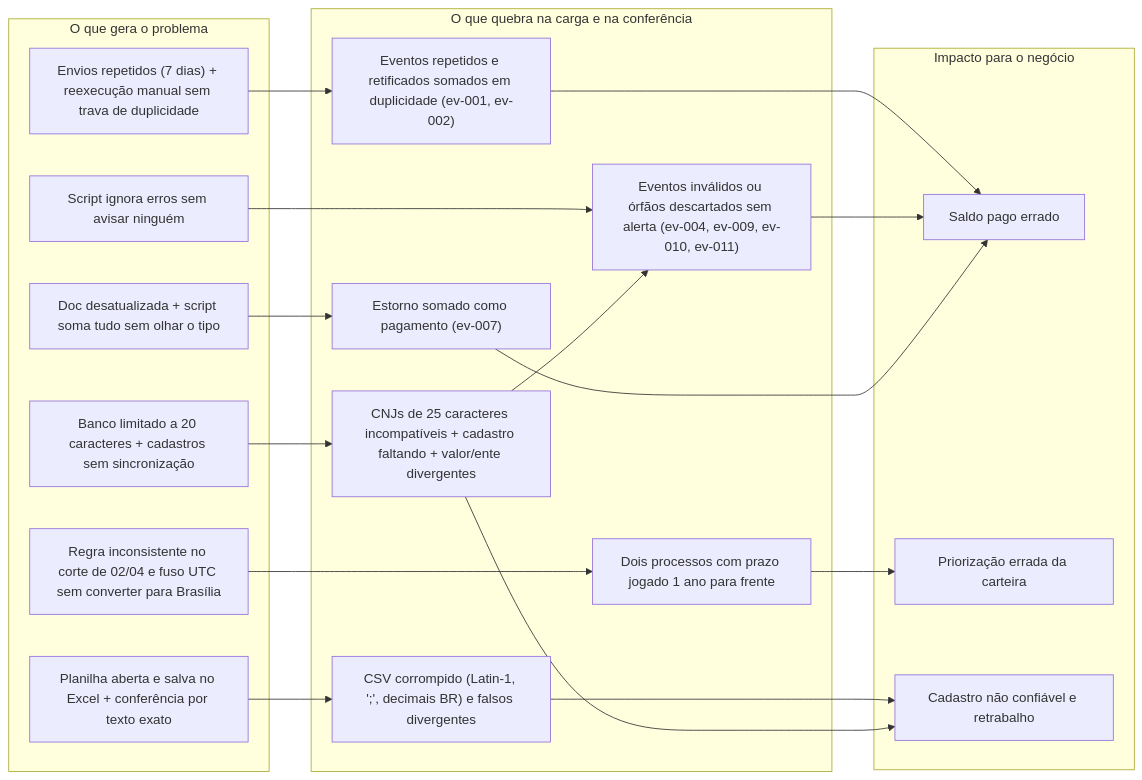
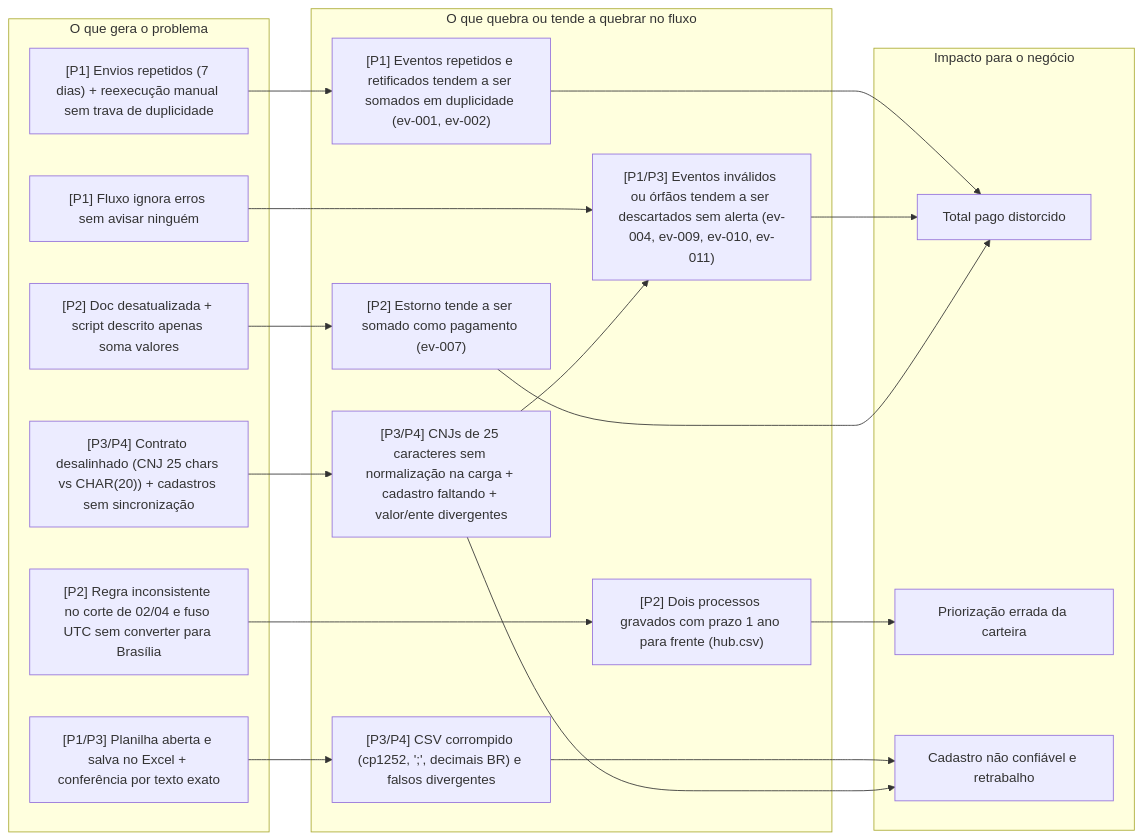
One commit to AbnerCerqueira/bzr-group-case changed the diagram in docs/DIAGNOSTICO.md. Above: the diagram before and after it, drawn with Mermaid. The commit also changed other lines of this file and 2 other files, not shown here.

Commit message:
docs: padroniza problemas P1..P4 no diagnóstico e atualiza fluxo e visual no README

````diff
--- a/docs/DIAGNOSTICO.md
+++ b/docs/DIAGNOSTICO.md
@@ -18,34 +18,34 @@
 ```mermaid
 flowchart LR
     subgraph Causas["O que gera o problema"]
-        C1["Envios repetidos (7 dias) + reexecução manual sem trava de duplicidade"]
-        C2["Script ignora erros sem avisar ninguém"]
-        C3["Doc desatualizada + script soma tudo sem olhar o tipo"]
-        C4["Regra inconsistente no corte de 02/04 e fuso UTC sem converter para Brasília"]
-        C5["Planilha aberta e salva no Excel + conferência por texto exato"]
-        C6["Banco limitado a 20 caracteres + cadastros sem sincronização"]
+        C1["[P1] Envios repetidos (7 dias) + reexecução manual sem trava de duplicidade"]
+        C2["[P1] Fluxo ignora erros sem avisar ninguém"]
+        C3["[P2] Doc desatualizada + script descrito apenas soma valores"]
+        C4["[P2] Regra inconsistente no corte de 02/04 e fuso UTC sem converter para Brasília"]
+        C5["[P1/P3] Planilha aberta e salva no Excel + conferência por texto exato"]
+        C6["[P3/P4] Contrato desalinhado (CNJ 25 chars vs CHAR(20)) + cadastros sem sincronização"]
     end
 
-    subgraph Quebras["O que quebra na carga e na conferência"]
-        E1["Eventos repetidos e retificados somados em duplicidade (ev-001, ev-002)"]
-        E2["Eventos inválidos ou órfãos descartados sem alerta (ev-004, ev-009, ev-010, ev-011)"]
-        E3["Estorno somado como pagamento (ev-007)"]
-        E4["Dois processos com prazo jogado 1 ano para frente"]
-        E5["CSV corrompido (Latin-1, ';', decimais BR) e falsos divergentes"]
-        E6["CNJs de 25 caracteres incompatíveis + cadastro faltando + valor/ente divergentes"]
+    subgraph Quebras["O que quebra ou tende a quebrar no fluxo"]
+        E1["[P1] Eventos repetidos e retificados tendem a ser somados em duplicidade (ev-001, ev-002)"]
+        E2["[P1/P3] Eventos inválidos ou órfãos tendem a ser descartados sem alerta (ev-004, ev-009, ev-010, ev-011)"]
+        E3["[P2] Estorno tende a ser somado como pagamento (ev-007)"]
+        E4["[P2] Dois processos gravados com prazo 1 ano para frente (hub.csv)"]
+        E5["[P3/P4] CSV corrompido (cp1252, ';', decimais BR) e falsos divergentes"]
+        E6["[P3/P4] CNJs de 25 caracteres sem normalização na carga + cadastro faltando + valor/ente divergentes"]
     end
 
     subgraph Impactos["Impacto para o negócio"]
-        I1["Saldo pago errado"]
+        I1["Total pago distorcido"]
         I2["Priorização errada da carteira"]
         I3["Cadastro não confiável e retrabalho"]
     end
 
     C1 --> E1 --> I1
     C2 --> E2 --> I1
     C3 --> E3 --> I1
     C4 --> E4 --> I2
     C5 --> E5 --> I3
     C6 --> E6 --> I3
     E6 --> E2
 ```
````
